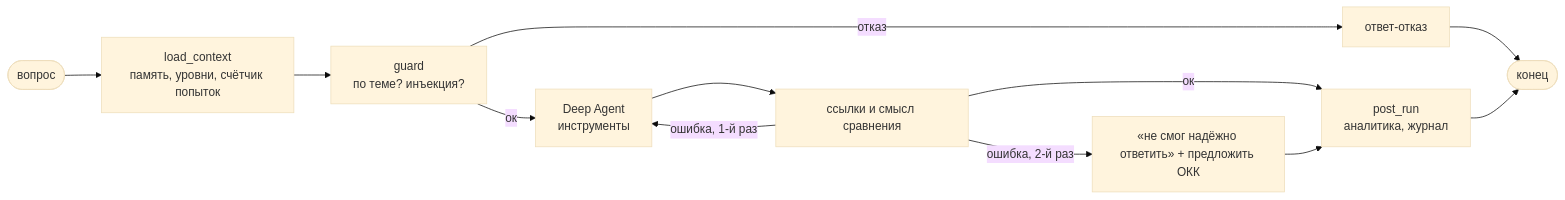
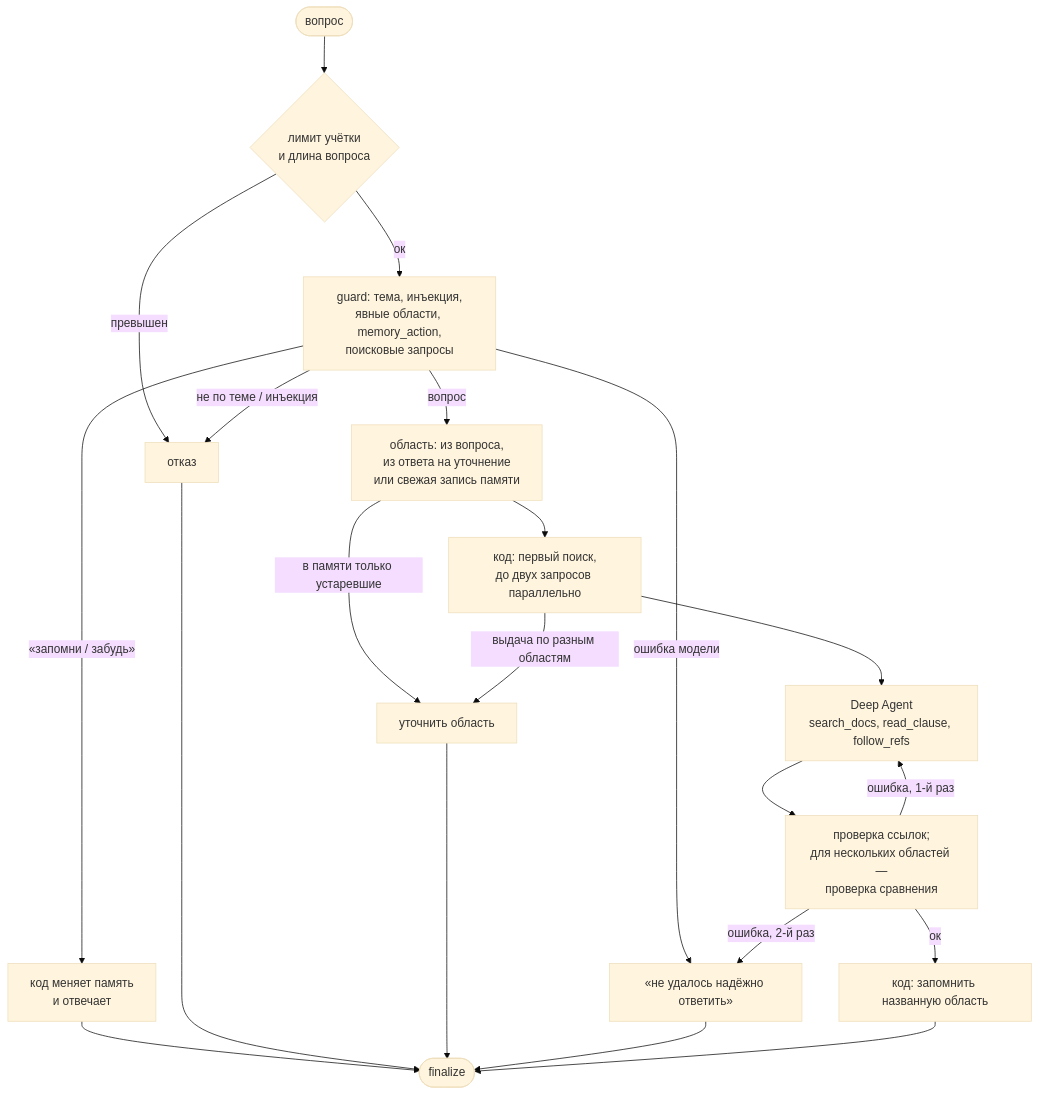
One commit to Long-Honey-Road/document-searching changed the diagram in dev_docs/04-backend-agent.md. Above: the diagram before and after it, drawn with Mermaid (base theme). The commit also changed other lines of this file and 7 other files, not shown here.

First line of the commit message:
docs: design docs reflect my decisions and the current agent graph

````diff
--- a/dev_docs/04-backend-agent.md
+++ b/dev_docs/04-backend-agent.md
@@ -17,12 +19,19 @@
 ```mermaid
-flowchart LR
-  start([вопрос]) --> load[load_context<br/>память, уровни, счётчик попыток]
-  load --> guard[guard<br/>по теме? инъекция?]
-  guard -- отказ --> refuse[ответ-отказ] --> done([конец])
-  guard -- ок --> deep[Deep Agent<br/>инструменты]
-  deep --> verify[ссылки и смысл сравнения]
-  verify -- ок --> post[post_run<br/>аналитика, журнал]
+flowchart TB
+  start([вопрос]) --> limit{лимит учётки<br/>и длина вопроса}
+  limit -- превышен --> refuse[отказ]
+  limit -- ок --> guard[guard: тема, инъекция,<br/>явные области, memory_action,<br/>поисковые запросы]
+  guard -- ошибка модели --> fallback
+  guard -- не по теме / инъекция --> refuse
+  guard -- «запомни / забудь» --> memact[код меняет память<br/>и отвечает] --> done
+  guard -- вопрос --> area[область: из вопроса,<br/>из ответа на уточнение<br/>или свежая запись памяти]
+  area -- в памяти только устаревшие --> ask[уточнить область]
+  area --> first[код: первый поиск,<br/>до двух запросов параллельно]
+  first -- выдача по разным областям --> ask
+  first --> deep[Deep Agent<br/>search_docs, read_clause, follow_refs]
+  deep --> verify[проверка ссылок;<br/>для нескольких областей —<br/>проверка сравнения]
+  verify -- ок --> post[код: запомнить названную область]
   verify -- ошибка, 1-й раз --> deep
-  verify -- ошибка, 2-й раз --> fallback[«не смог надёжно ответить» + предложить ОКК] --> post
-  post --> done
+  verify -- ошибка, 2-й раз --> fallback[«не удалось надёжно ответить»]
+  refuse & ask & fallback & post --> done([finalize])
 ```
````
